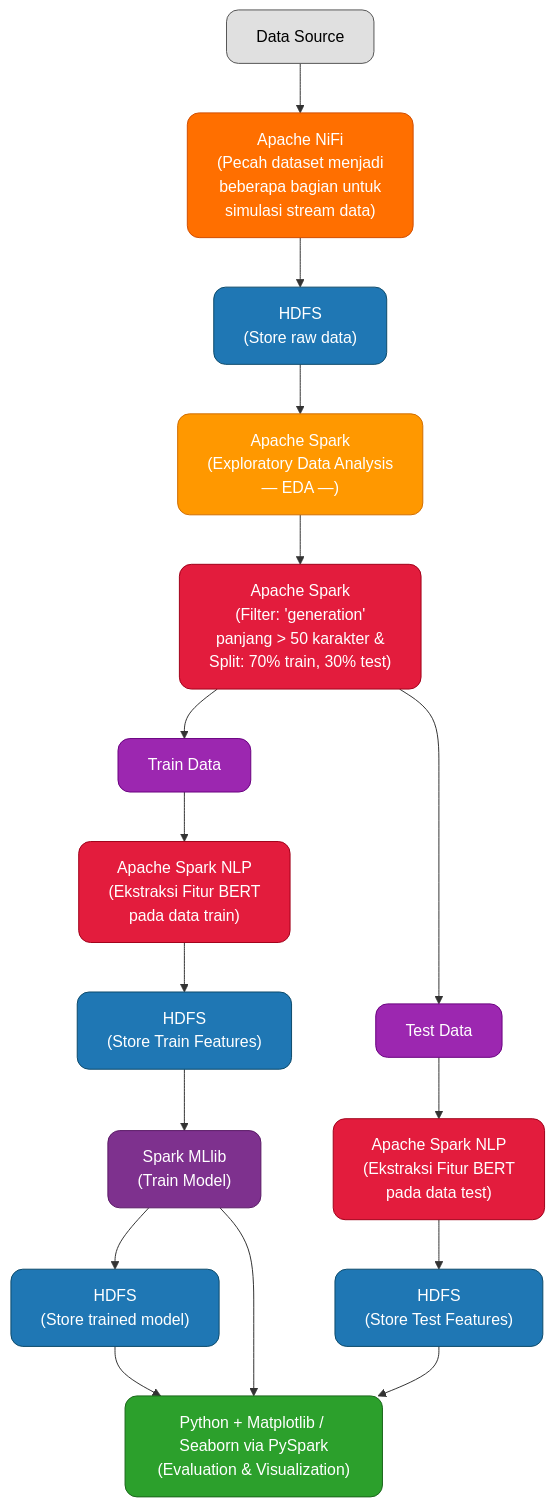
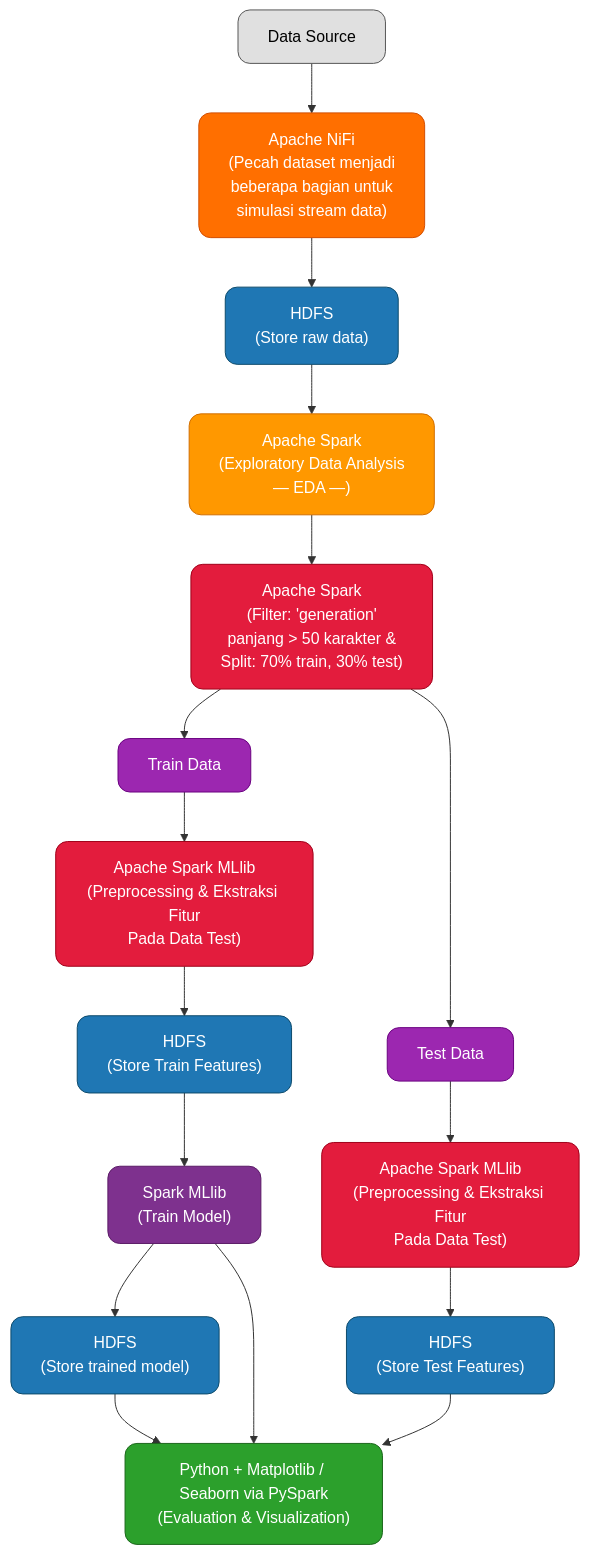
Before and after one commit to rafyakbar/big-data-stack: the diagram in README.md, drawn with Mermaid.

Commit message:
Update flowchart

````diff
--- a/README.md
+++ b/README.md
@@ -1,45 +1,45 @@
 ```mermaid
 flowchart TD
     %% Definisi gaya warna berdasarkan komponen
     classDef source fill:#e0e0e0,stroke:#555,color:#000,rx:12,ry:12;
     classDef nifi fill:#ff6f00,stroke:#d14d00,color:#fff,rx:12,ry:12;
     classDef hdfs fill:#1f77b4,stroke:#0d4a6b,color:#fff,rx:12,ry:12;
     classDef spark fill:#e31c3d,stroke:#a0001a,color:#fff,rx:12,ry:12;
     classDef mllib fill:#7e318e,stroke:#5a1a66,color:#fff,rx:12,ry:12;
     classDef viz fill:#2ca02c,stroke:#1b661b,color:#fff,rx:12,ry:12;
     classDef eda fill:#ff9800,stroke:#d16e00,color:#fff,rx:12,ry:12;
     classDef intermediate fill:#9c27b0,stroke:#6a0080,color:#fff,rx:12,ry:12;
 
     A[Data Source] --> B["Apache NiFi<br>(Pecah dataset menjadi<br>beberapa bagian untuk<br>simulasi stream data)"]
     B --> C["HDFS<br>(Store raw data)"]
     C --> D["Apache Spark<br>(Exploratory Data Analysis<br>— EDA —)"]
     D --> E["Apache Spark<br>(Filter: 'generation'<br>panjang > 50 karakter &<br>Split: 70% train, 30% test)"]
 
     %% Cabang Train
     E --> H1["Train Data"]
-    H1 --> I1["Apache Spark NLP<br>(Ekstraksi Fitur BERT<br>pada data train)"]
+    H1 --> I1["Apache Spark MLlib<br>(Preprocessing & Ekstraksi Fitur<br>Pada Data Test)"]
     I1 --> J1["HDFS<br>(Store Train Features)"]
     J1 --> K["Spark MLlib<br>(Train Model)"]
     K --> L["HDFS<br>(Store trained model)"]
 
     %% Cabang Test
     E --> H2["Test Data"]
-    H2 --> I2["Apache Spark NLP<br>(Ekstraksi Fitur BERT<br>pada data test)"]
+    H2 --> I2["Apache Spark MLlib<br>(Preprocessing & Ekstraksi Fitur<br>Pada Data Test)"]
     I2 --> J2["HDFS<br>(Store Test Features)"]
 
     %% Gabung untuk evaluasi
     K --> M
     J2 --> M
     L --> M
     M["Python + Matplotlib / Seaborn via PySpark<br>(Evaluation & Visualization)"]
 
     %% Terapkan kelas warna
     class A source;
     class B nifi;
     class C,J1,J2,L hdfs;
     class D,E,I1,I2 spark;
     class K mllib;
     class M viz;
     class D eda;
     class H1,H2 intermediate;
 ```
````
